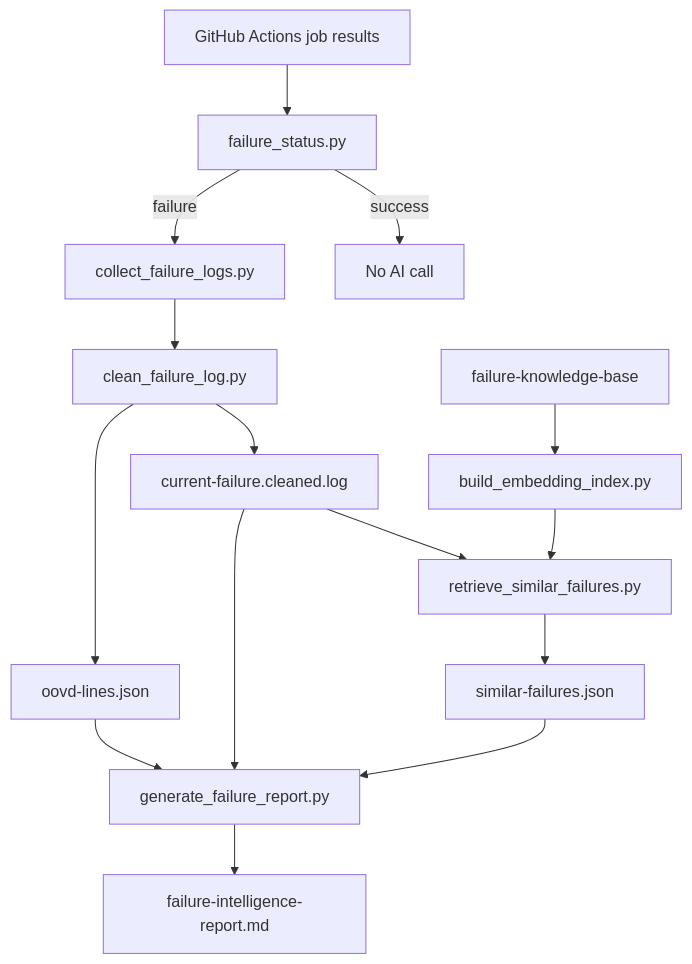
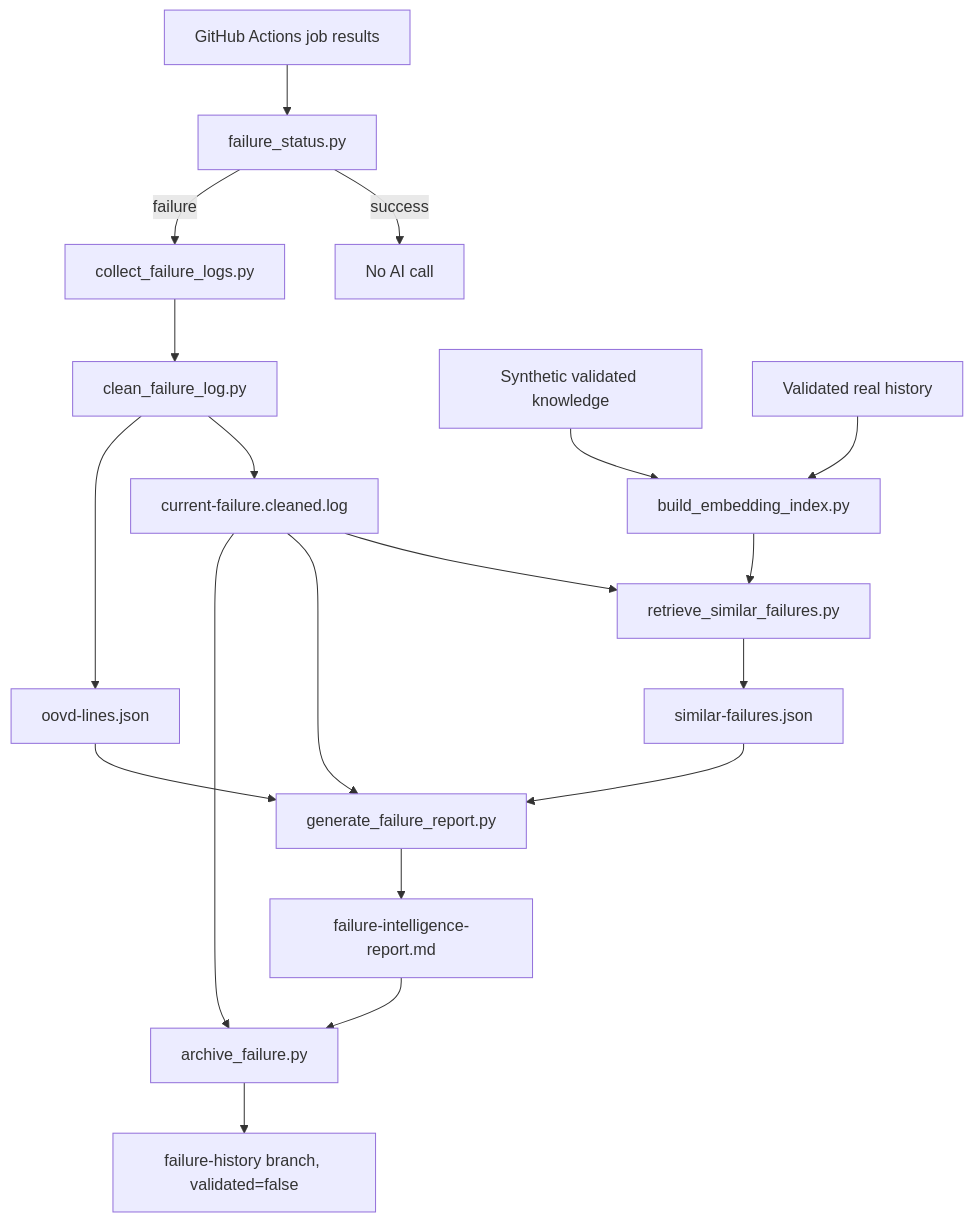
Before and after one commit to Trenttzzz/taskflow-cicd-devops: the second of 2 diagrams in README.md, drawn with Mermaid. The commit also changed other lines of this file and 13 other files, not shown here.

Commit message:
test: verify automatic failure archive

````diff
--- a/README.md
+++ b/README.md
@@ -228,17 +228,21 @@
 ```mermaid
 flowchart TD
   A["GitHub Actions job results"] --> B["failure_status.py"]
   B -->|success| C["No AI call"]
   B -->|failure| D["collect_failure_logs.py"]
   D --> E["clean_failure_log.py"]
   E --> F["current-failure.cleaned.log"]
   E --> G["oovd-lines.json"]
-  H["failure-knowledge-base"] --> I["build_embedding_index.py"]
+  H["Synthetic validated knowledge"] --> I["build_embedding_index.py"]
+  N["Validated real history"] --> I
   F --> J["retrieve_similar_failures.py"]
   I --> J
   J --> K["similar-failures.json"]
   F --> L["generate_failure_report.py"]
   G --> L
   K --> L
   L --> M["failure-intelligence-report.md"]
+  M --> O["archive_failure.py"]
+  F --> O
+  O --> P["failure-history branch, validated=false"]
 ```
````
